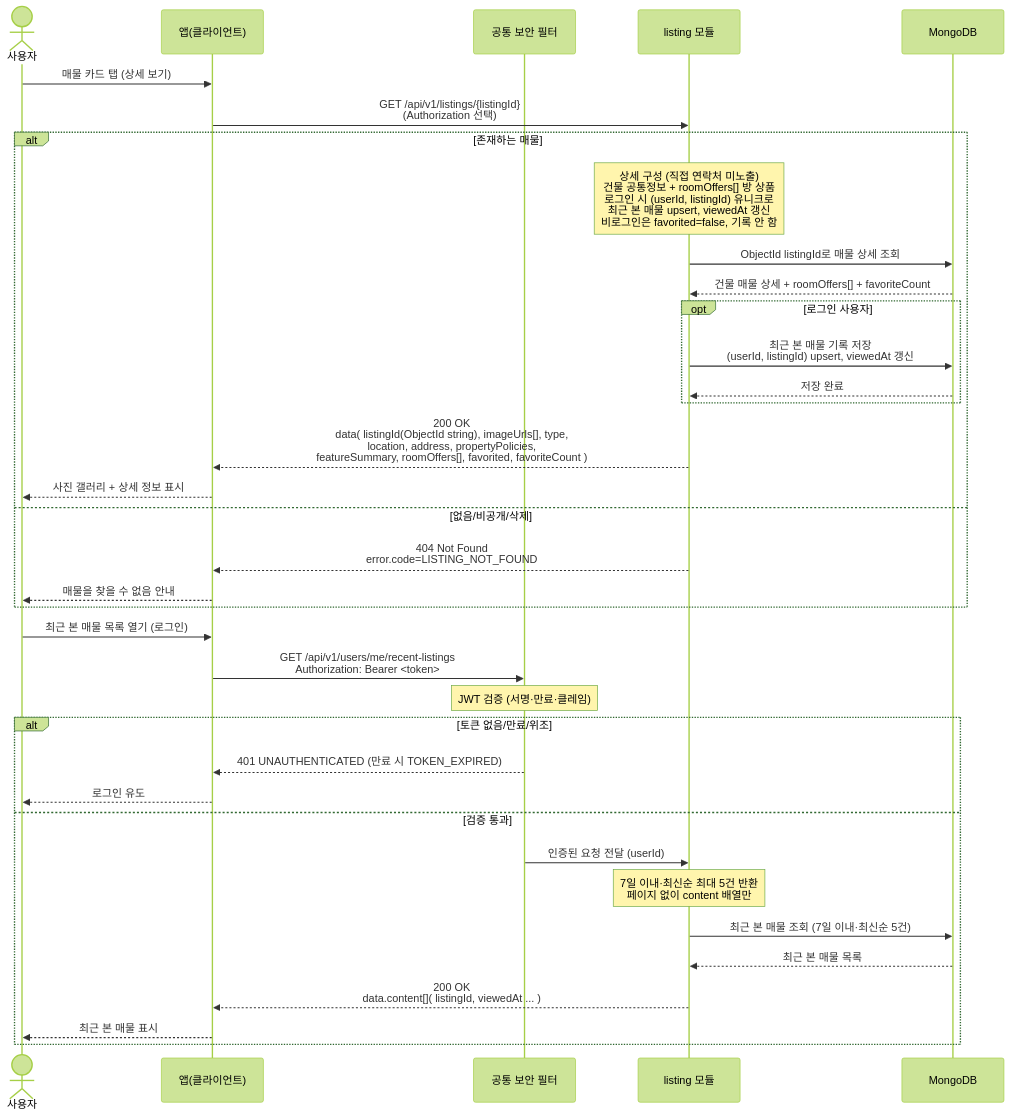
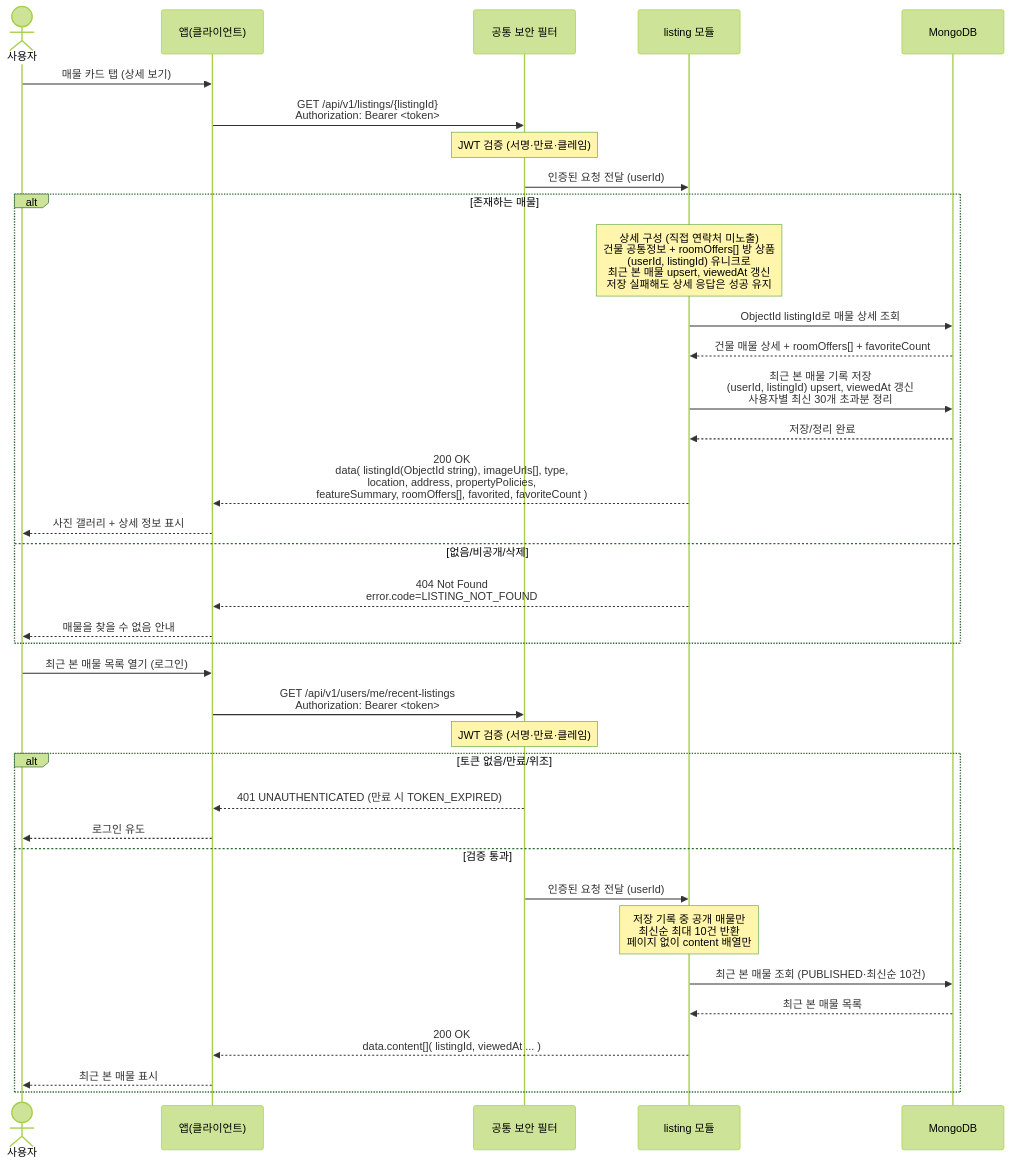
One commit to jameskim9509/Kohere-backend changed the diagram in docs/architecture/sequence-diagrams/03-listings-favorites/us-3-4-listing-detail-recent-viewed.md. Above: the diagram before and after it, drawn with Mermaid (forest theme). The commit also changed other lines of this file and 23 other files, not shown here.

````diff
--- a/docs/architecture/sequence-diagrams/03-listings-favorites/us-3-4-listing-detail-recent-viewed.md
+++ b/docs/architecture/sequence-diagrams/03-listings-favorites/us-3-4-listing-detail-recent-viewed.md
@@ -5,39 +5,39 @@
 ```mermaid
 sequenceDiagram
     actor U as 사용자
     participant C as 앱(클라이언트)
     participant SEC as 공통 보안 필터
     participant LIST as listing 모듈
     participant DB as MongoDB
 
     U->>C: 매물 카드 탭 (상세 보기)
-    C->>LIST: GET /api/v1/listings/{listingId}<br/>(Authorization 선택)
+    C->>SEC: GET /api/v1/listings/{listingId}<br/>Authorization: Bearer <token>
+    Note over SEC: JWT 검증 (서명·만료·클레임)
+    SEC->>LIST: 인증된 요청 전달 (userId)
     alt 존재하는 매물
-        Note over LIST: 상세 구성 (직접 연락처 미노출)<br/>건물 공통정보 + roomOffers[] 방 상품<br/>로그인 시 (userId, listingId) 유니크로<br/>최근 본 매물 upsert, viewedAt 갱신<br/>비로그인은 favorited=false, 기록 안 함
+        Note over LIST: 상세 구성 (직접 연락처 미노출)<br/>건물 공통정보 + roomOffers[] 방 상품<br/>(userId, listingId) 유니크로<br/>최근 본 매물 upsert, viewedAt 갱신<br/>저장 실패해도 상세 응답은 성공 유지
         LIST->>DB: ObjectId listingId로 매물 상세 조회
         DB-->>LIST: 건물 매물 상세 + roomOffers[] + favoriteCount
-        opt 로그인 사용자
-            LIST->>DB: 최근 본 매물 기록 저장<br/>(userId, listingId) upsert, viewedAt 갱신
-            DB-->>LIST: 저장 완료
-        end
+        LIST->>DB: 최근 본 매물 기록 저장<br/>(userId, listingId) upsert, viewedAt 갱신<br/>사용자별 최신 30개 초과분 정리
+        DB-->>LIST: 저장/정리 완료
         LIST-->>C: 200 OK<br/>data( listingId(ObjectId string), imageUrls[], type,<br/>location, address, propertyPolicies,<br/>featureSummary, roomOffers[], favorited, favoriteCount )
         C-->>U: 사진 갤러리 + 상세 정보 표시
     else 없음/비공개/삭제
         LIST-->>C: 404 Not Found<br/>error.code=LISTING_NOT_FOUND
         C-->>U: 매물을 찾을 수 없음 안내
     end
     U->>C: 최근 본 매물 목록 열기 (로그인)
     C->>SEC: GET /api/v1/users/me/recent-listings<br/>Authorization: Bearer <token>
     Note over SEC: JWT 검증 (서명·만료·클레임)
     alt 토큰 없음/만료/위조
         SEC-->>C: 401 UNAUTHENTICATED (만료 시 TOKEN_EXPIRED)
         C-->>U: 로그인 유도
     else 검증 통과
         SEC->>LIST: 인증된 요청 전달 (userId)
-        Note over LIST: 7일 이내·최신순 최대 5건 반환<br/>페이지 없이 content 배열만
-        LIST->>DB: 최근 본 매물 조회 (7일 이내·최신순 5건)
+        Note over LIST: 저장 기록 중 공개 매물만<br/>최신순 최대 10건 반환<br/>페이지 없이 content 배열만
+        LIST->>DB: 최근 본 매물 조회 (PUBLISHED·최신순 10건)
         DB-->>LIST: 최근 본 매물 목록
         LIST-->>C: 200 OK<br/>data.content[]( listingId, viewedAt ... )
         C-->>U: 최근 본 매물 표시
     end
 ```
````
